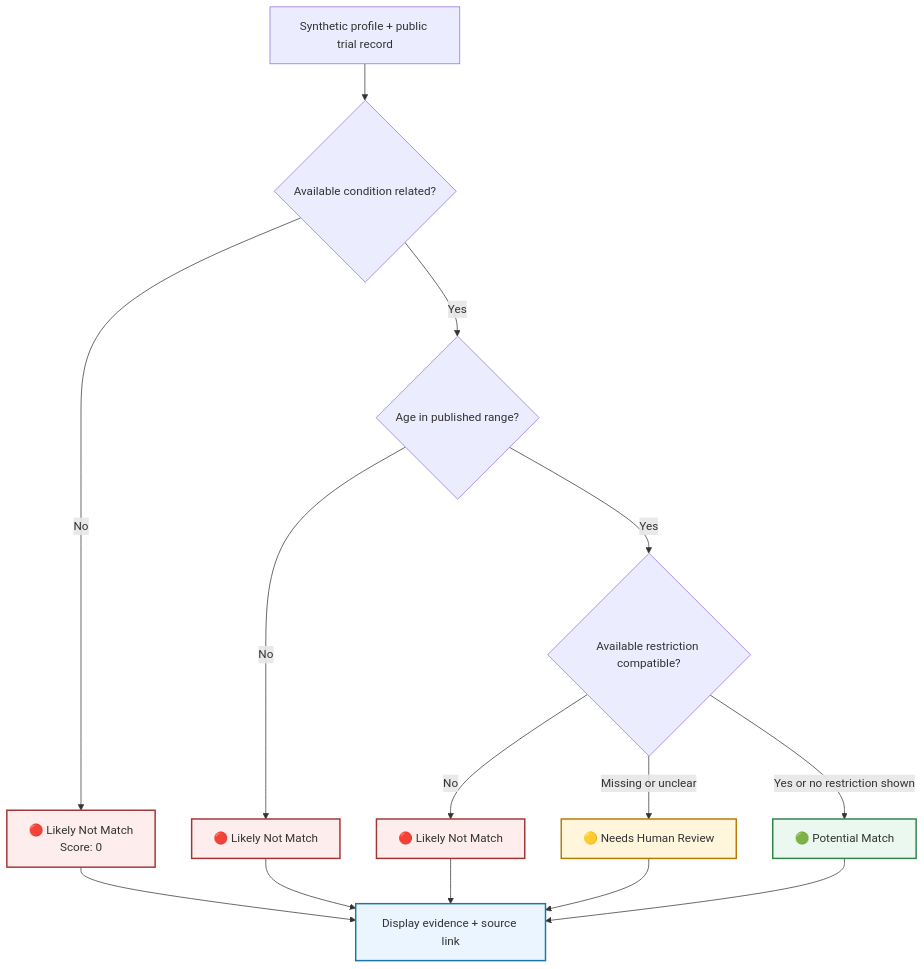
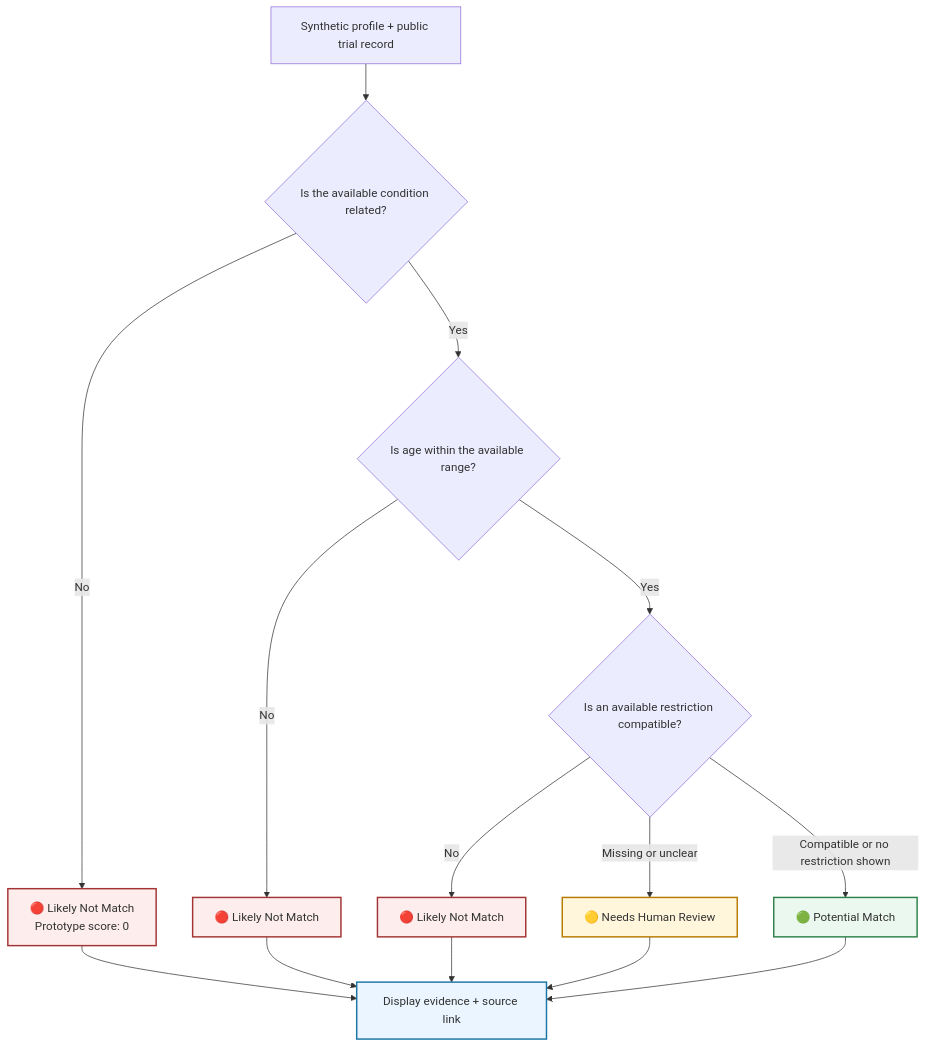
The second of 3 diagrams in README.md (vivek0717/agentic-clinical-trial-matching), drawn with Mermaid before and after one commit. The commit also changed other lines of this file, not shown here.

Commit message:
Create interactive README with workflow diagrams and project assets

````diff
--- a/README.md
+++ b/README.md
@@ -155,27 +203,27 @@
 ```mermaid
 flowchart TD
-    A["Synthetic profile + public trial record"] --> B{"Available condition related?"}
+    A["Synthetic profile + public trial record"] --> B{"Is the available condition related?"}
 
-    B -->|"No"| C["🔴 Likely Not Match<br/>Score: 0"]
-    B -->|"Yes"| D{"Age in published range?"}
+    B -->|"No"| C["🔴 Likely Not Match<br/>Prototype score: 0"]
+    B -->|"Yes"| D{"Is age within the available range?"}
 
     D -->|"No"| E["🔴 Likely Not Match"]
-    D -->|"Yes"| F{"Available restriction compatible?"}
+    D -->|"Yes"| F{"Is an available restriction compatible?"}
 
     F -->|"No"| G["🔴 Likely Not Match"]
     F -->|"Missing or unclear"| H["🟡 Needs Human Review"]
-    F -->|"Yes or no restriction shown"| I["🟢 Potential Match"]
+    F -->|"Compatible or no restriction shown"| I["🟢 Potential Match"]
 
     C --> J["Display evidence + source link"]
     E --> J
     G --> J
     H --> J
     I --> J
 
     style C fill:#FDEDED,stroke:#A33434,stroke-width:2px
     style E fill:#FDEDED,stroke:#A33434,stroke-width:2px
     style G fill:#FDEDED,stroke:#A33434,stroke-width:2px
     style H fill:#FFF6DC,stroke:#B77B00,stroke-width:2px
     style I fill:#EAF8EF,stroke:#31824A,stroke-width:2px
     style J fill:#EAF5FF,stroke:#1976A5,stroke-width:2px
 ```
````
